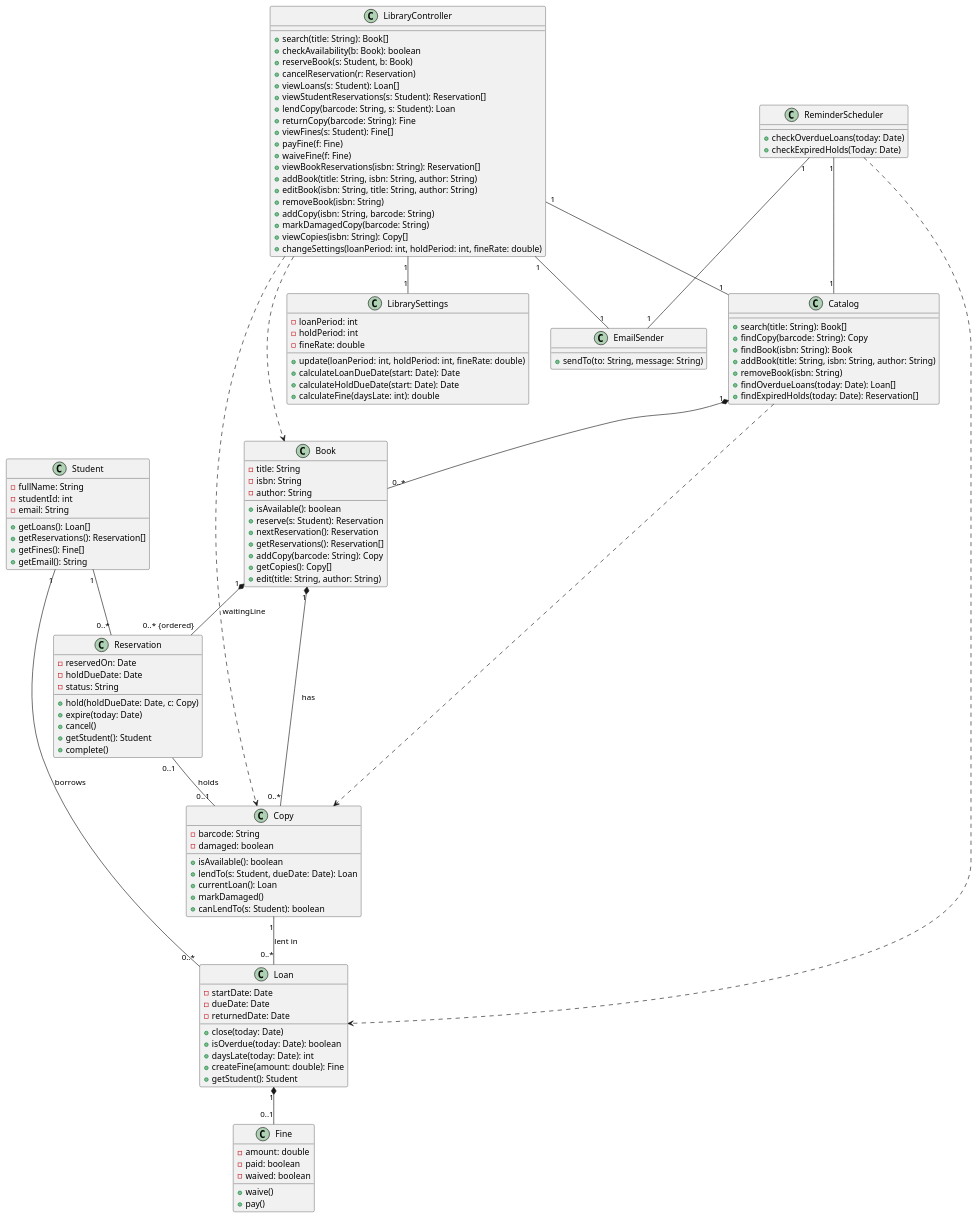
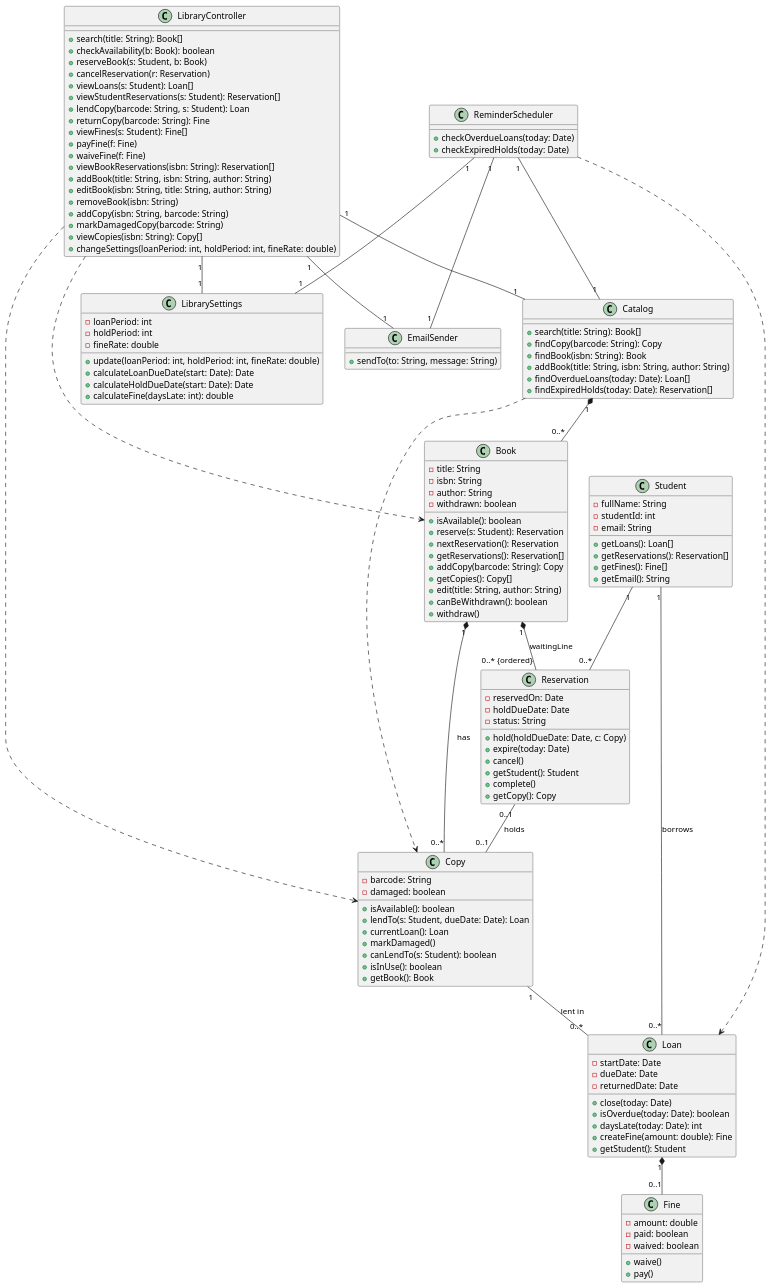
One commit to erionelezaj/LibrarySystem-SW-Design-Principles changed the diagram in docs/uml/class-diagram.puml. Above: the diagram before and after it, drawn with PlantUML. The commit also changed 1 other file, not shown here.

Commit message:
Update project description; add book withdrawal and expired-hold handover to the class diagram

```diff
--- a/docs/uml/class-diagram.puml
+++ b/docs/uml/class-diagram.puml
@@ -1,141 +1,147 @@
 @startuml LibrarySystem
 
 class LibraryController {
     + search(title: String): Book[]
     + checkAvailability(b: Book): boolean
     + reserveBook(s: Student, b: Book)
     + cancelReservation(r: Reservation)
     + viewLoans(s: Student): Loan[]
     + viewStudentReservations(s: Student): Reservation[]
     + lendCopy(barcode: String, s: Student): Loan
     + returnCopy(barcode: String): Fine
     + viewFines(s: Student): Fine[]
     + payFine(f: Fine)
     + waiveFine(f: Fine)
     + viewBookReservations(isbn: String): Reservation[]
     + addBook(title: String, isbn: String, author: String)
     + editBook(isbn: String, title: String, author: String)
     + removeBook(isbn: String)
     + addCopy(isbn: String, barcode: String)
     + markDamagedCopy(barcode: String)
     + viewCopies(isbn: String): Copy[]
     + changeSettings(loanPeriod: int, holdPeriod: int, fineRate: double)
 }
 
 class ReminderScheduler {
     + checkOverdueLoans(today: Date)
-    + checkExpiredHolds(Today: Date)
+    + checkExpiredHolds(today: Date)
 }
 
 class EmailSender {
     + sendTo(to: String, message: String)
 }
 
 class Catalog {
     + search(title: String): Book[]
     + findCopy(barcode: String): Copy
     + findBook(isbn: String): Book
     + addBook(title: String, isbn: String, author: String)
-    + removeBook(isbn: String)
     + findOverdueLoans(today: Date): Loan[]
     + findExpiredHolds(today: Date): Reservation[]
 }
 
 class LibrarySettings {
     - loanPeriod: int
     - holdPeriod: int
     - fineRate: double
     + update(loanPeriod: int, holdPeriod: int, fineRate: double)
     + calculateLoanDueDate(start: Date): Date
     + calculateHoldDueDate(start: Date): Date
     + calculateFine(daysLate: int): double
 }
 
 class Book {
     - title: String
     - isbn: String
     - author: String
+    - withdrawn: boolean
     + isAvailable(): boolean
     + reserve(s: Student): Reservation
     + nextReservation(): Reservation
     + getReservations(): Reservation[]
     + addCopy(barcode: String): Copy
     + getCopies(): Copy[]
     + edit(title: String, author: String)
+    + canBeWithdrawn(): boolean
+    + withdraw()
 }
 
 class Student {
     - fullName: String
     - studentId: int
     - email: String
     + getLoans(): Loan[]
     + getReservations(): Reservation[]
     + getFines(): Fine[]
     + getEmail(): String
 }
 
 class Reservation {
     - reservedOn: Date
     - holdDueDate: Date
     - status: String
     + hold(holdDueDate: Date, c: Copy)
     + expire(today: Date)
     + cancel()
     + getStudent(): Student
-    + complete()    
+    + complete() 
+    + getCopy(): Copy   
 }
 
 class Copy {
     - barcode: String
     - damaged: boolean
     + isAvailable(): boolean
     + lendTo(s: Student, dueDate: Date): Loan
     + currentLoan(): Loan
     + markDamaged()
     + canLendTo(s: Student): boolean
+    + isInUse(): boolean
+    + getBook(): Book
 }
 
 class Loan {
     - startDate: Date
     - dueDate: Date
     - returnedDate: Date
     + close(today: Date)
     + isOverdue(today: Date): boolean
     + daysLate(today: Date): int
     + createFine(amount: double): Fine
     + getStudent(): Student
 }
 
 class Fine {
     - amount: double
     - paid: boolean
     - waived: boolean
     + waive()
     + pay()
 }
 
 
 LibraryController "1" -- "1" EmailSender
 LibraryController "1" -- "1" Catalog
 LibraryController "1" -- "1" LibrarySettings
 LibraryController ..> Book
 LibraryController ..> Copy
 
 ReminderScheduler "1" -- "1" EmailSender
 ReminderScheduler "1" -- "1" Catalog
+ReminderScheduler "1" -- "1" LibrarySettings
 ReminderScheduler ..> Loan
 
 Catalog "1" *-- "0..*" Book
 Catalog ..> Copy
 
 Book "1" *-- "0..* {ordered}" Reservation : waitingLine
 Book "1" *-- "0..*" Copy : has
 Reservation "0..1" -- "0..1" Copy : holds
 
 Student "1" -- "0..*" Reservation
 Student "1" -- "0..*" Loan : borrows
 
 Copy "1" -- "0..*" Loan : lent in
 Loan "1" *-- "0..1" Fine
 
 @enduml
```
